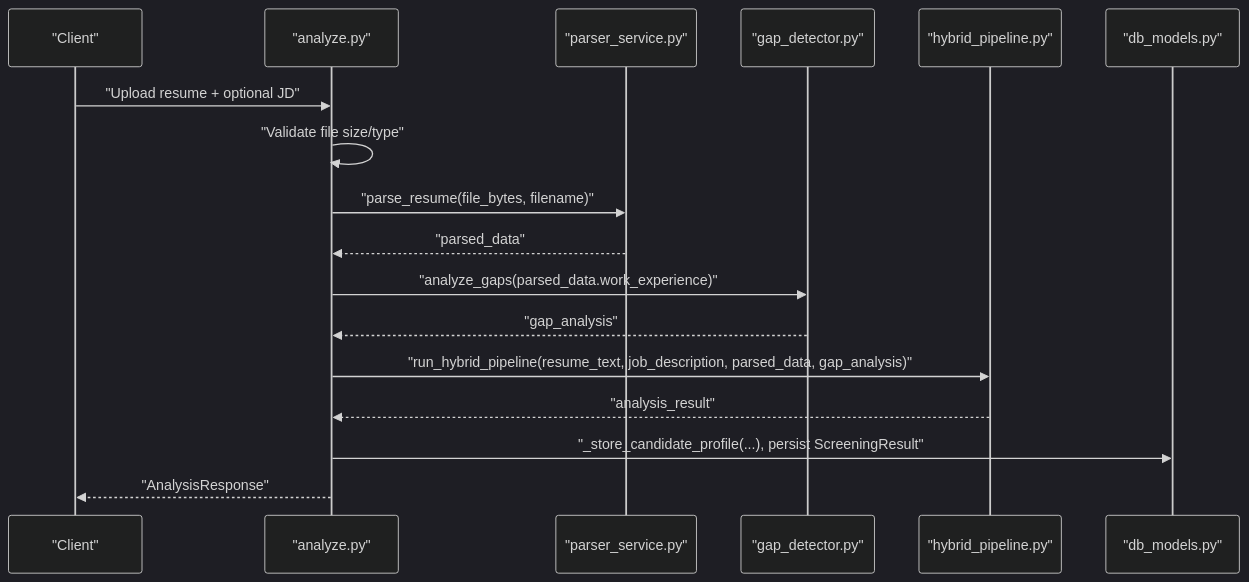
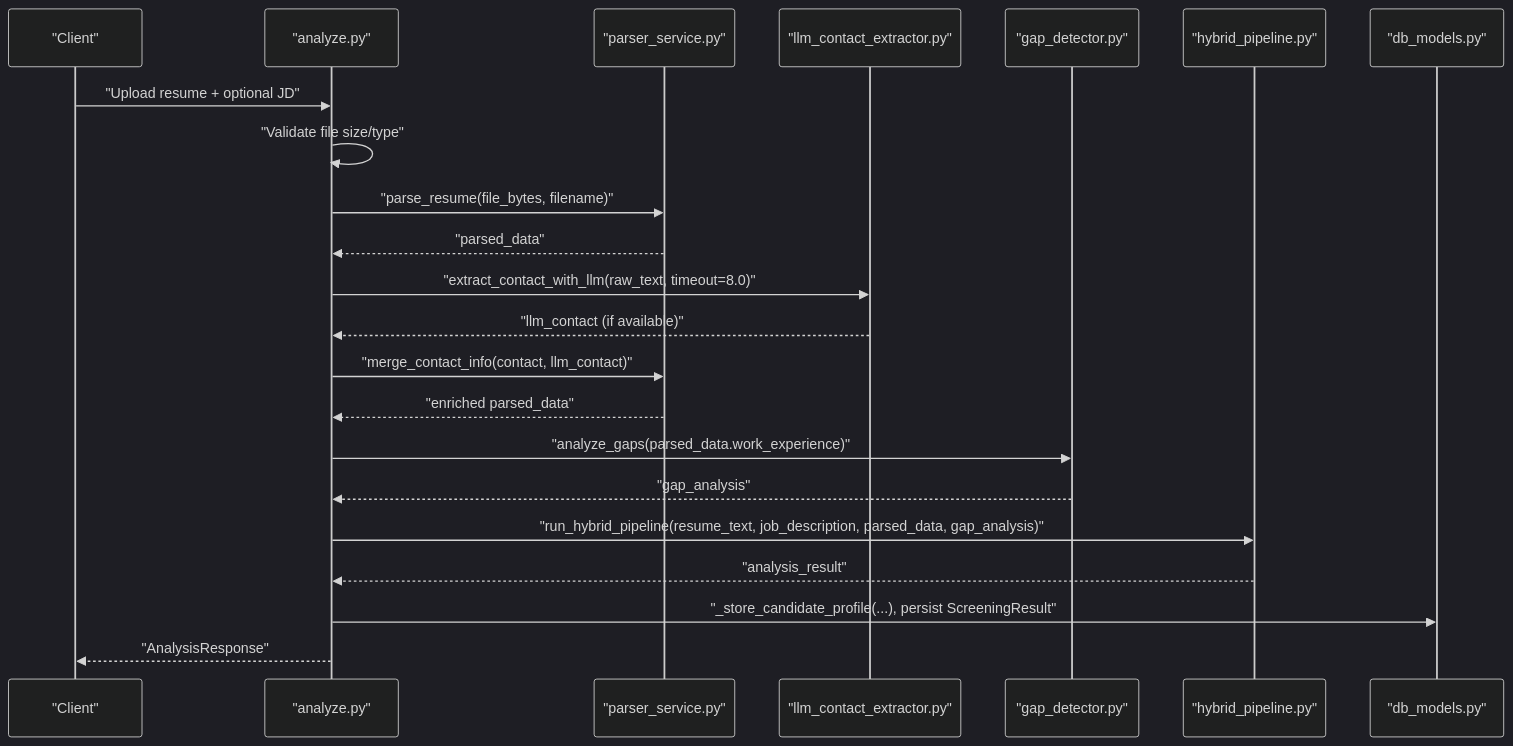
One commit to Revanththetalogics/aireume changed the second of 10 diagrams in .qoder/repowiki/en/content/Candidate Management/Resume Parsing and Extraction.md. Above: the diagram before and after it, drawn with Mermaid (dark theme). The commit also changed other lines of this file and 20 other files, not shown here.

````diff
--- a/.qoder/repowiki/en/content/Candidate Management/Resume Parsing and Extraction.md
+++ b/.qoder/repowiki/en/content/Candidate Management/Resume Parsing and Extraction.md
@@ -110,19 +123,24 @@
 ```mermaid
 sequenceDiagram
 participant Client as "Client"
 participant Route as "analyze.py"
 participant Parser as "parser_service.py"
+participant LLM as "llm_contact_extractor.py"
 participant Gap as "gap_detector.py"
 participant Hybrid as "hybrid_pipeline.py"
 participant DB as "db_models.py"
 Client->>Route : "Upload resume + optional JD"
 Route->>Route : "Validate file size/type"
 Route->>Parser : "parse_resume(file_bytes, filename)"
 Parser-->>Route : "parsed_data"
+Route->>LLM : "extract_contact_with_llm(raw_text, timeout=8.0)"
+LLM-->>Route : "llm_contact (if available)"
+Route->>Parser : "merge_contact_info(contact, llm_contact)"
+Parser-->>Route : "enriched parsed_data"
 Route->>Gap : "analyze_gaps(parsed_data.work_experience)"
 Gap-->>Route : "gap_analysis"
 Route->>Hybrid : "run_hybrid_pipeline(resume_text, job_description, parsed_data, gap_analysis)"
 Hybrid-->>Route : "analysis_result"
 Route->>DB : "_store_candidate_profile(...), persist ScreeningResult"
 Route-->>Client : "AnalysisResponse"
 ```
````
